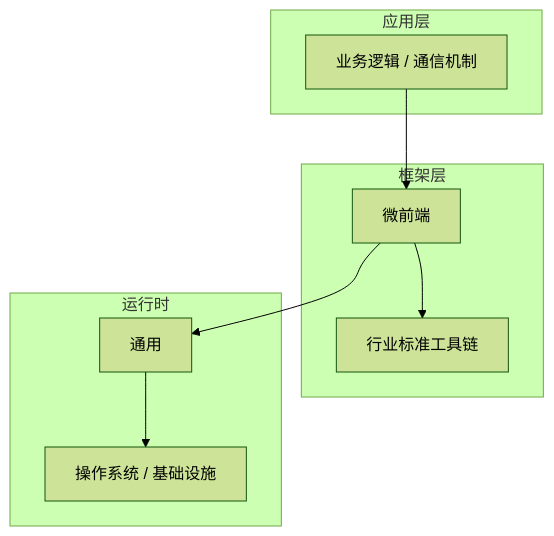
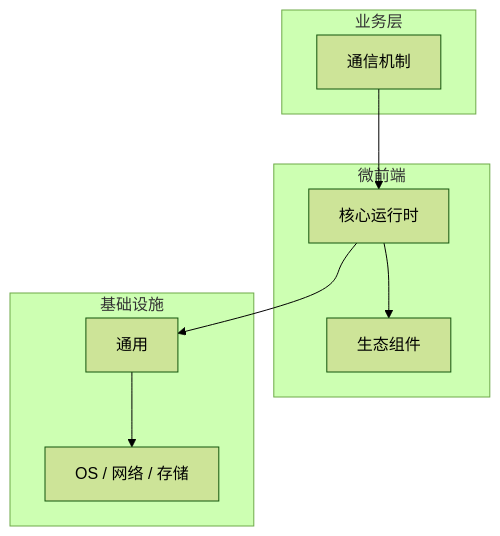
The diagram in articles/微前端/chapters/049-通信机制核心概念与原理.md (yanggan2015/knowledge-json-v2), drawn with Mermaid (forest theme) before and after one commit. The commit also changed other lines of this file and 10127 other files, not shown here.

````diff
--- a/articles/微前端/chapters/049-通信机制核心概念与原理.md
+++ b/articles/微前端/chapters/049-通信机制核心概念与原理.md
@@ -45,18 +34,18 @@
 ```mermaid
 graph TB
-    subgraph 应用层
-        A[业务逻辑 / 通信机制]
+    subgraph 业务层
+        A[通信机制]
     end
-    subgraph 框架层
-        B[微前端]
-        C[行业标准工具链]
+    subgraph 微前端
+        B[核心运行时]
+        C[生态组件]
     end
-    subgraph 运行时
+    subgraph 基础设施
         D[通用]
-        E[操作系统 / 基础设施]
+        E[OS / 网络 / 存储]
     end
     A --> B
     B --> C
     B --> D
     D --> E
 ```
````
